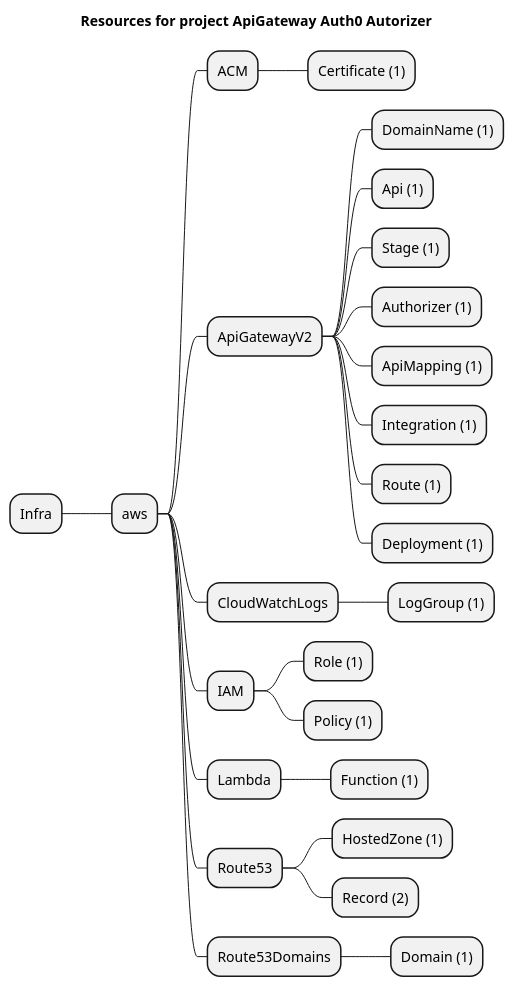
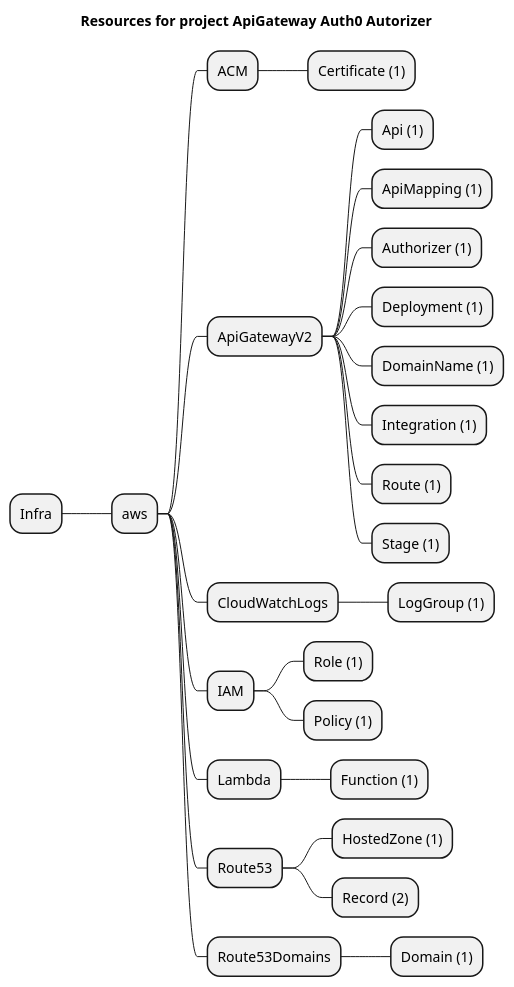
The diagram in examples/aws/ApiGatewayV2/auth0/artifacts/resources-mindmap.puml (grucloud/grucloud), drawn with PlantUML before and after one commit. The commit also changed other lines of this file and 44 other files, not shown here.

```diff
--- a/examples/aws/ApiGatewayV2/auth0/artifacts/resources-mindmap.puml
+++ b/examples/aws/ApiGatewayV2/auth0/artifacts/resources-mindmap.puml
@@ -1,29 +1,29 @@
 @startmindmap
 title Resources for project ApiGateway Auth0 Autorizer
 skinparam monochrome true
 + Infra
 ++ aws
 +++ ACM
 ++++ Certificate (1)
 +++ ApiGatewayV2
+++++ Api (1)
+++++ ApiMapping (1)
+++++ Authorizer (1)
+++++ Deployment (1)
 ++++ DomainName (1)
-++++ Api (1)
-++++ Stage (1)
-++++ Authorizer (1)
-++++ ApiMapping (1)
 ++++ Integration (1)
 ++++ Route (1)
-++++ Deployment (1)
+++++ Stage (1)
 +++ CloudWatchLogs
 ++++ LogGroup (1)
 +++ IAM
 ++++ Role (1)
 ++++ Policy (1)
 +++ Lambda
 ++++ Function (1)
 +++ Route53
 ++++ HostedZone (1)
 ++++ Record (2)
 +++ Route53Domains
 ++++ Domain (1)
 @endmindmap
```
